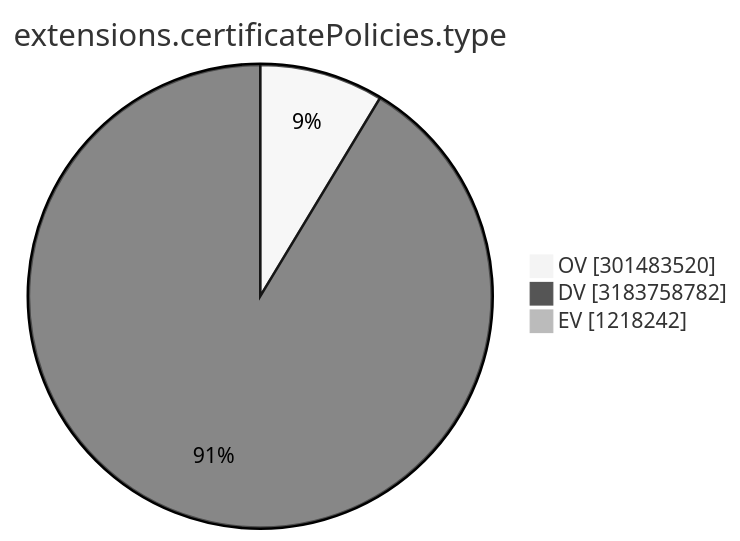
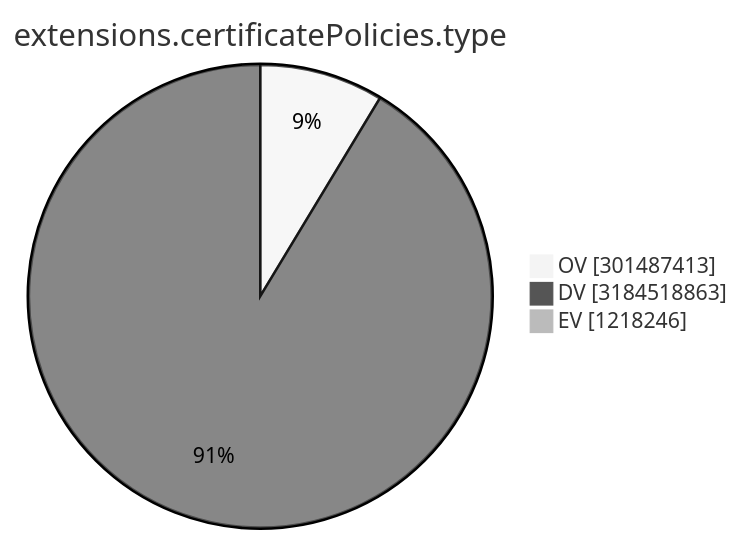
Before and after one commit to christiankrug/ctmonitor_visualization: the ninth of 15 diagrams in TOTAL/README.md, drawn with Mermaid (neutral theme). The commit also changed other lines of this file, not shown here.

````diff
--- a/TOTAL/README.md
+++ b/TOTAL/README.md
@@ -3106,7 +3106,7 @@
 ```mermaid
 pie showData
 title extensions.certificatePolicies.type
-"OV" :301483520
-"DV" :3183758782
-"EV" :1218242
+"OV" :301487413
+"DV" :3184518863
+"EV" :1218246
 ```
````
